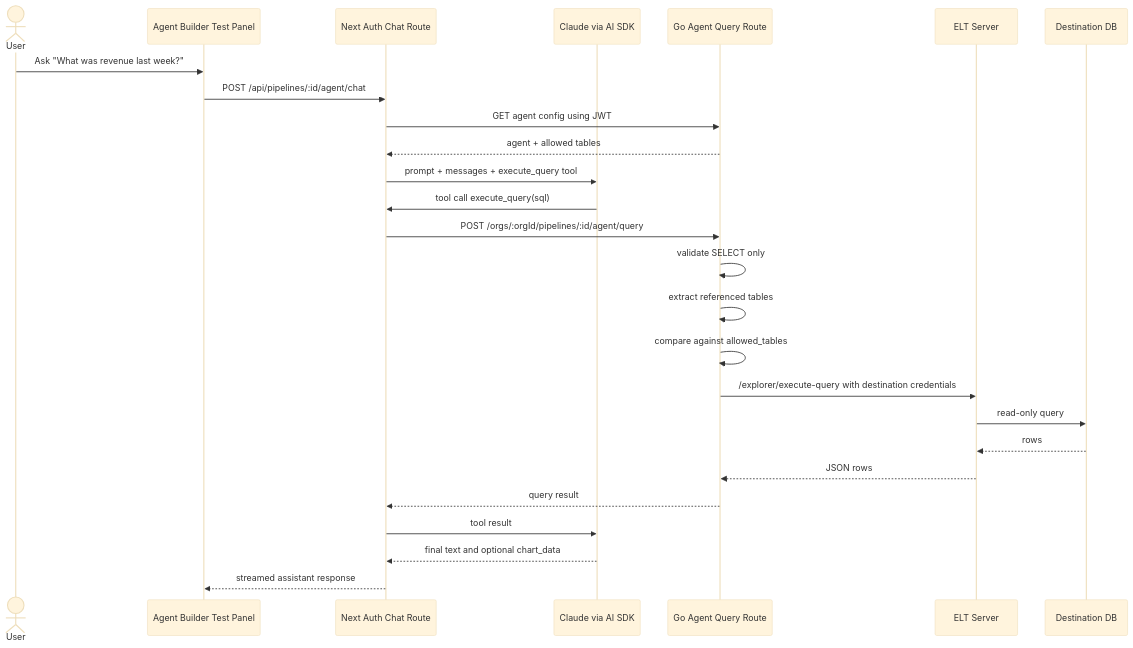
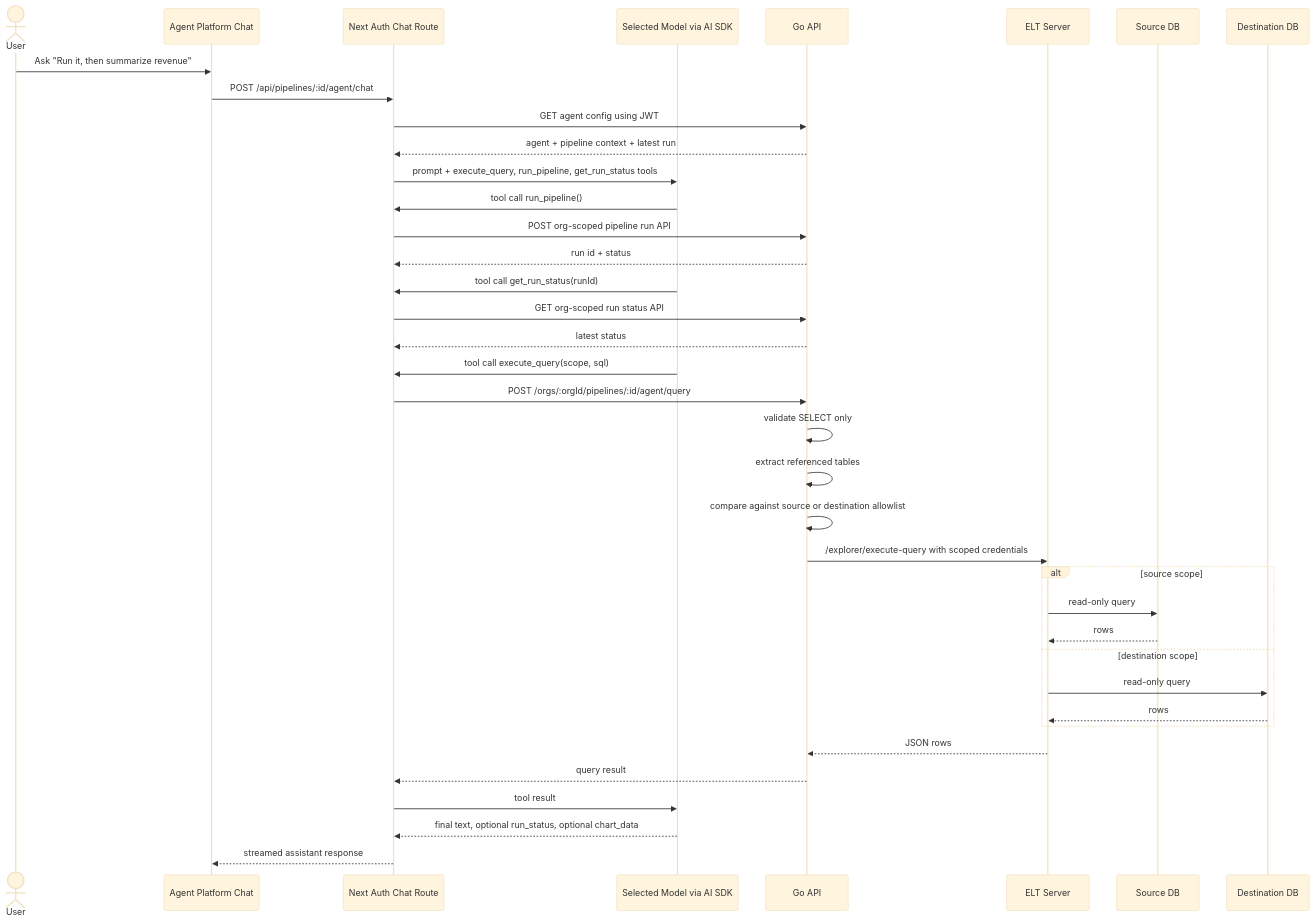
The third of 5 diagrams in md-docs/agents/flow-charts.md (dabhivijay2478/InsightFlow), drawn with Mermaid (base theme) before and after one commit. The commit also changed other lines of this file and 13 other files, not shown here.

````diff
--- a/md-docs/agents/flow-charts.md
+++ b/md-docs/agents/flow-charts.md
@@ -77,29 +83,41 @@
 ```mermaid
 sequenceDiagram
   actor User
-  participant Page as Agent Builder Test Panel
+  participant Page as Agent Platform Chat
   participant Next as Next Auth Chat Route
-  participant Claude as Claude via AI SDK
-  participant Go as Go Agent Query Route
+  participant Model as Selected Model via AI SDK
+  participant Go as Go API
   participant ELT as ELT Server
+  participant Source as Source DB
   participant Dest as Destination DB
 
-  User->>Page: Ask "What was revenue last week?"
+  User->>Page: Ask "Run it, then summarize revenue"
   Page->>Next: POST /api/pipelines/:id/agent/chat
   Next->>Go: GET agent config using JWT
-  Go-->>Next: agent + allowed tables
-  Next->>Claude: prompt + messages + execute_query tool
-  Claude->>Next: tool call execute_query(sql)
+  Go-->>Next: agent + pipeline context + latest run
+  Next->>Model: prompt + execute_query, run_pipeline, get_run_status tools
+  Model->>Next: tool call run_pipeline()
+  Next->>Go: POST org-scoped pipeline run API
+  Go-->>Next: run id + status
+  Model->>Next: tool call get_run_status(runId)
+  Next->>Go: GET org-scoped run status API
+  Go-->>Next: latest status
+  Model->>Next: tool call execute_query(scope, sql)
   Next->>Go: POST /orgs/:orgId/pipelines/:id/agent/query
   Go->>Go: validate SELECT only
   Go->>Go: extract referenced tables
-  Go->>Go: compare against allowed_tables
-  Go->>ELT: /explorer/execute-query with destination credentials
-  ELT->>Dest: read-only query
-  Dest-->>ELT: rows
+  Go->>Go: compare against source or destination allowlist
+  Go->>ELT: /explorer/execute-query with scoped credentials
+  alt source scope
+    ELT->>Source: read-only query
+    Source-->>ELT: rows
+  else destination scope
+    ELT->>Dest: read-only query
+    Dest-->>ELT: rows
+  end
   ELT-->>Go: JSON rows
   Go-->>Next: query result
-  Next->>Claude: tool result
-  Claude-->>Next: final text and optional chart_data
+  Next->>Model: tool result
+  Model-->>Next: final text, optional run_status, optional chart_data
   Next-->>Page: streamed assistant response
 ```
````
